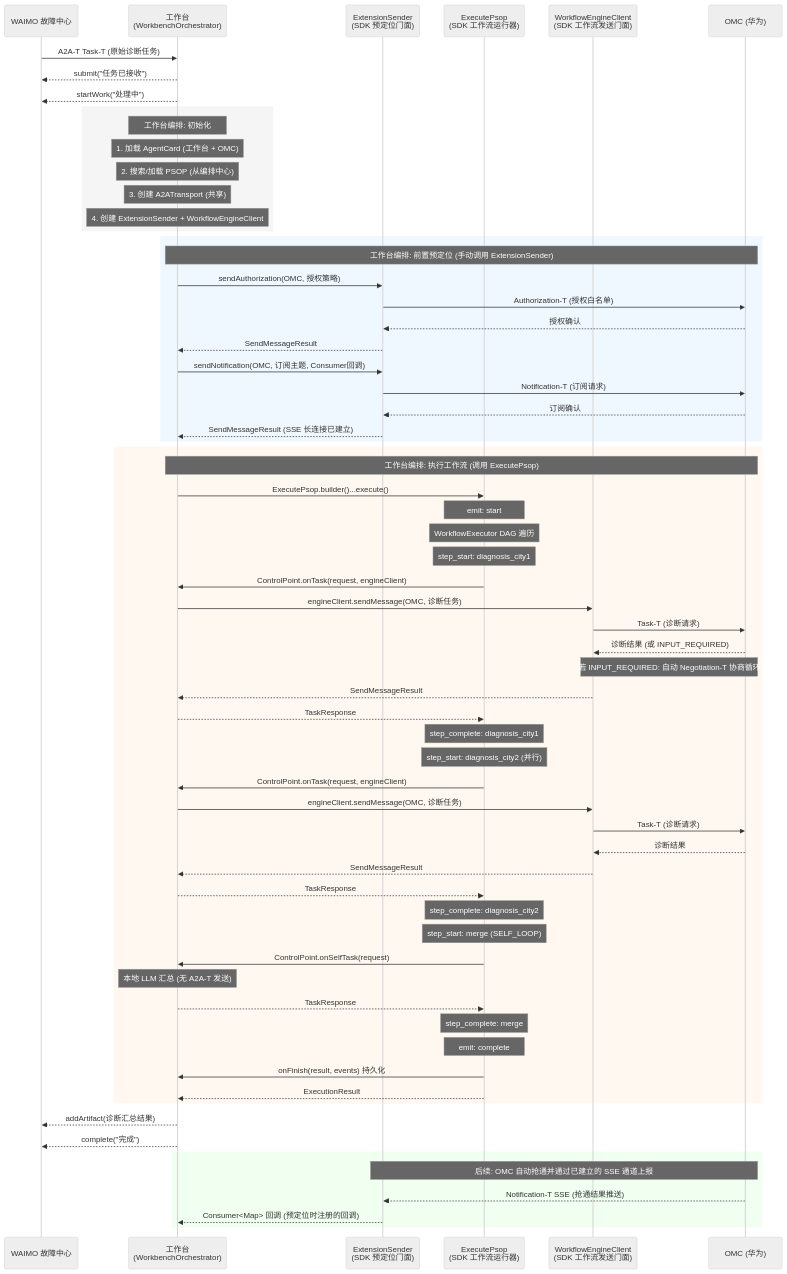
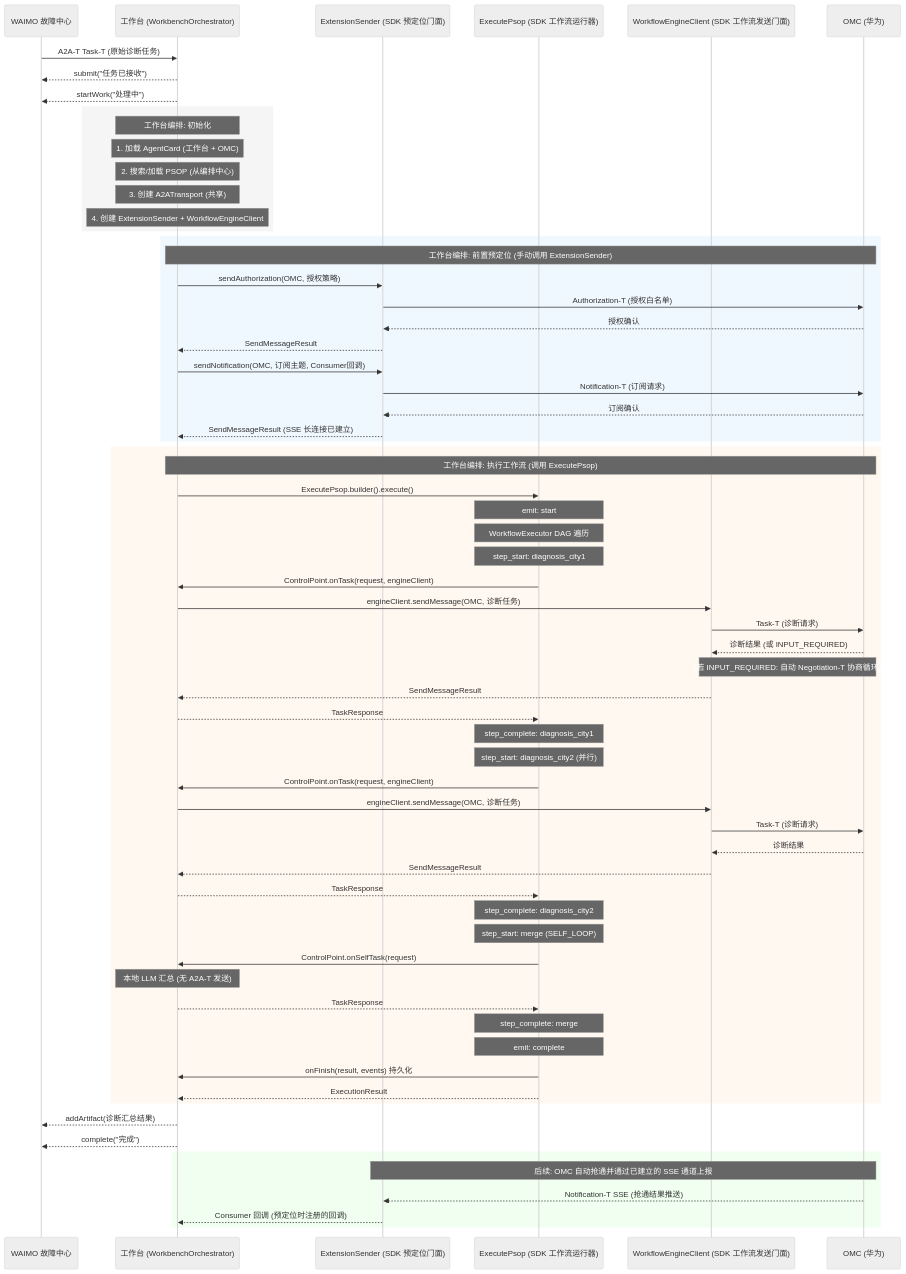
The fourth of 4 diagrams in docs/zh/工作台集成指南.md (project-openan/workflow-engine-sdk-java), drawn with Mermaid (neutral theme) before and after one commit. The commit also changed other lines of this file and 177 other files, not shown here.

Commit message:
refactor: rename package to dev.openan.workflow.engine, remove ExtensionCallback, fix Mermaid v11 syntax, update docs

````diff
--- a/docs/zh/工作台集成指南.md
+++ b/docs/zh/工作台集成指南.md
@@ -810,80 +763,80 @@
 ```mermaid
 sequenceDiagram
     participant WAIMO as WAIMO 故障中心
-    participant WB as 工作台<br/>(WorkbenchOrchestrator)
-    participant ES as ExtensionSender<br/>(SDK 预定位门面)
-    participant EP as ExecutePsop<br/>(SDK 工作流运行器)
-    participant EC as WorkflowEngineClient<br/>(SDK 工作流发送门面)
+    participant WB as 工作台 (WorkbenchOrchestrator)
+    participant ES as ExtensionSender (SDK 预定位门面)
+    participant EP as ExecutePsop (SDK 工作流运行器)
+    participant EC as WorkflowEngineClient (SDK 工作流发送门面)
     participant OMC as OMC (华为)
 
     WAIMO->>WB: A2A-T Task-T (原始诊断任务)
     WB-->>WAIMO: submit("任务已接收")
     WB-->>WAIMO: startWork("处理中")
 
-    rect rgb(245, 245, 245)
+    rect rgba(245, 245, 245, 1)
     Note over WB: 工作台编排: 初始化
     Note over WB: 1. 加载 AgentCard (工作台 + OMC)
     Note over WB: 2. 搜索/加载 PSOP (从编排中心)
     Note over WB: 3. 创建 A2ATransport (共享)
     Note over WB: 4. 创建 ExtensionSender + WorkflowEngineClient
     end
 
-    rect rgb(240, 248, 255)
+    rect rgba(240, 248, 255, 1)
     Note over WB,OMC: 工作台编排: 前置预定位 (手动调用 ExtensionSender)
     WB->>ES: sendAuthorization(OMC, 授权策略)
     ES->>OMC: Authorization-T (授权白名单)
     OMC-->>ES: 授权确认
     ES-->>WB: SendMessageResult
 
     WB->>ES: sendNotification(OMC, 订阅主题, Consumer回调)
     ES->>OMC: Notification-T (订阅请求)
     OMC-->>ES: 订阅确认
     ES-->>WB: SendMessageResult (SSE 长连接已建立)
     end
 
-    rect rgb(255, 248, 240)
+    rect rgba(255, 248, 240, 1)
     Note over WB,OMC: 工作台编排: 执行工作流 (调用 ExecutePsop)
-    WB->>EP: ExecutePsop.builder()...execute()
+    WB->>EP: ExecutePsop.builder().execute()
 
     Note over EP: emit: start
     Note over EP: WorkflowExecutor DAG 遍历
 
     Note over EP: step_start: diagnosis_city1
     EP->>WB: ControlPoint.onTask(request, engineClient)
     WB->>EC: engineClient.sendMessage(OMC, 诊断任务)
     EC->>OMC: Task-T (诊断请求)
     OMC-->>EC: 诊断结果 (或 INPUT_REQUIRED)
     Note over EC,OMC: (若 INPUT_REQUIRED: 自动 Negotiation-T 协商循环)
     EC-->>WB: SendMessageResult
     WB-->>EP: TaskResponse
     Note over EP: step_complete: diagnosis_city1
 
     Note over EP: step_start: diagnosis_city2 (并行)
     EP->>WB: ControlPoint.onTask(request, engineClient)
     WB->>EC: engineClient.sendMessage(OMC, 诊断任务)
     EC->>OMC: Task-T (诊断请求)
     OMC-->>EC: 诊断结果
     EC-->>WB: SendMessageResult
     WB-->>EP: TaskResponse
     Note over EP: step_complete: diagnosis_city2
 
     Note over EP: step_start: merge (SELF_LOOP)
     EP->>WB: ControlPoint.onSelfTask(request)
     Note over WB: 本地 LLM 汇总 (无 A2A-T 发送)
     WB-->>EP: TaskResponse
     Note over EP: step_complete: merge
 
     Note over EP: emit: complete
     EP->>WB: onFinish(result, events) 持久化
     EP-->>WB: ExecutionResult
     end
 
     WB-->>WAIMO: addArtifact(诊断汇总结果)
     WB-->>WAIMO: complete("完成")
 
-    rect rgb(240, 255, 240)
+    rect rgba(240, 255, 240, 1)
     Note over ES,OMC: 后续: OMC 自动抢通并通过已建立的 SSE 通道上报
     OMC-->>ES: Notification-T SSE (抢通结果推送)
-    ES-->>WB: Consumer<Map> 回调 (预定位时注册的回调)
+    ES-->>WB: Consumer 回调 (预定位时注册的回调)
     end
 ```
````
